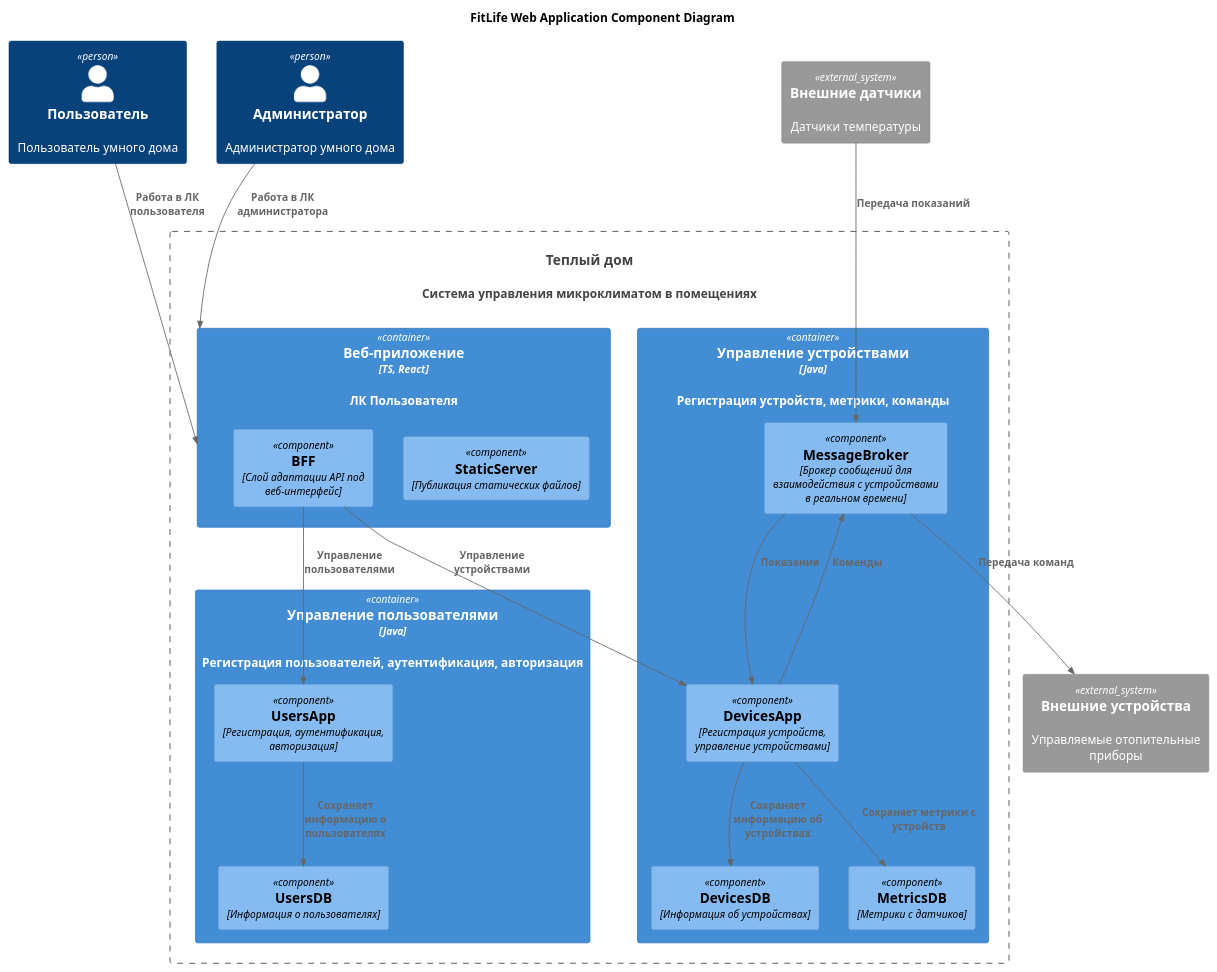
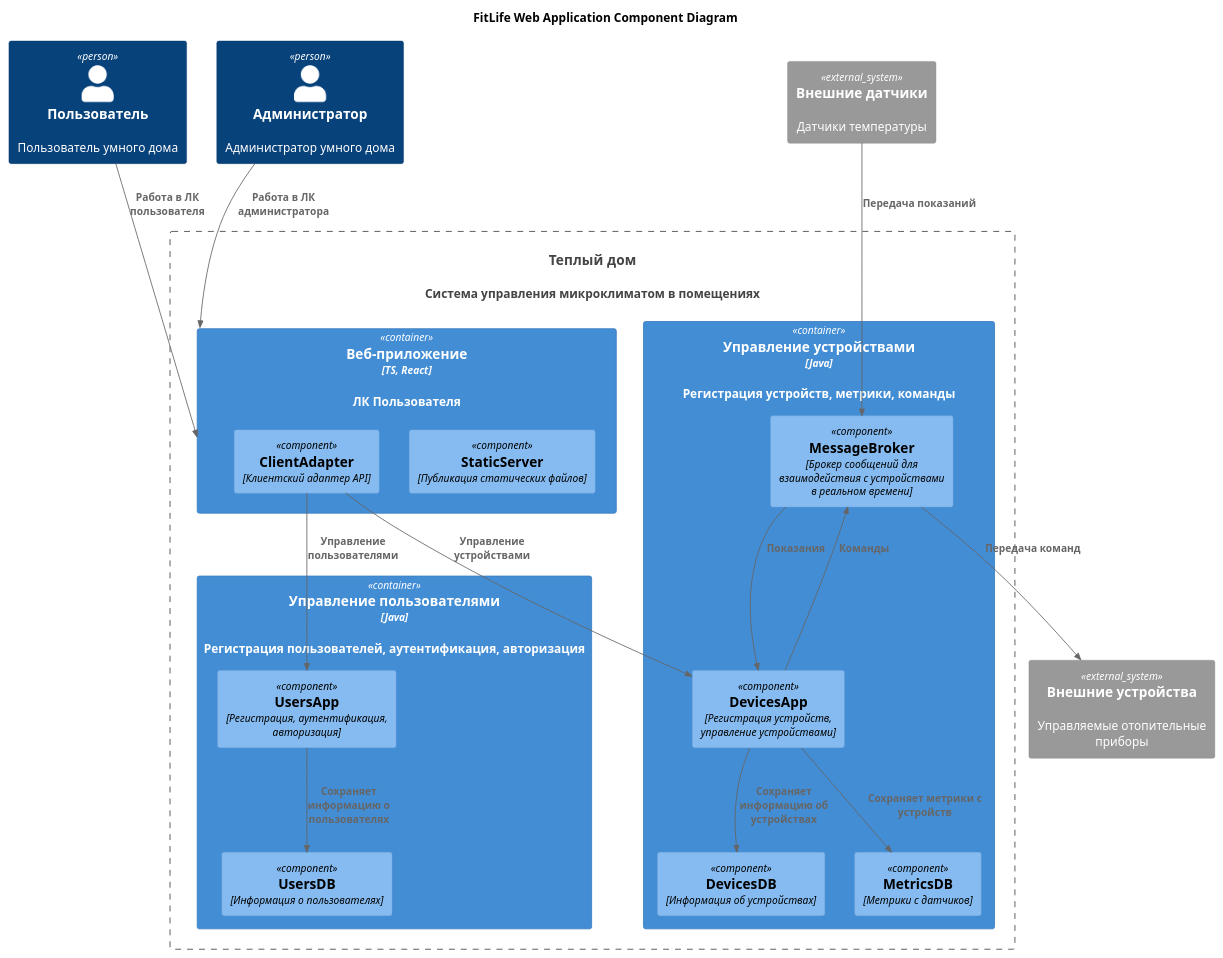
One commit to JerodBaxter/warmhouse changed the diagram in Component.puml. Above: the diagram before and after it, drawn with PlantUML.

```diff
--- a/Component.puml
+++ b/Component.puml
@@ -1,53 +1,53 @@
 @startuml
 title FitLife Web Application Component Diagram
 top to bottom direction
 
 !include https://raw.githubusercontent.com/plantuml-stdlib/C4-PlantUML/master/C4_Component.puml
 
 Person(user, "Пользователь", "Пользователь умного дома")
 Person(admin, "Администратор", "Администратор умного дома")
 System(WarmHouse, "Теплый дом", "Система управления микроклиматом в помещениях")
 
 Container_Boundary(WarmHouse, "Тёплый дом") {
   Container(WebApp, "Веб-приложение", "TS, React", "ЛК Пользователя")
   Container(Users, "Управление пользователями", "Java", "Регистрация пользователей, аутентификация, авторизация")
   Container(Devices, "Управление устройствами", "Java", "Регистрация устройств, метрики, команды")
 }
 
 Container(WebApp, "Веб-приложение", "TS, React, Java") {
   Component(StaticServer, "StaticServer", "Публикация статических файлов")
-  Component(BFF, "BFF", "Слой адаптации API под веб-интерфейс")  
+  Component(ClientAdapter, "ClientAdapter", "Клиентский адаптер API")
 }
 
 Container(Users, "Мастер-система: Управление пользователями", "Java, Spring") {
   Component(UsersApp, "UsersApp", "Регистрация, аутентификация, авторизация")
   Component(UsersDB, "UsersDB", "Информация о пользователях")
 }
 
 Container(Devices, "Мастер-система: Управление устройствами", "Java, MQTT, MongoDB, CassandraDB") {
   Component(MessageBroker, "MessageBroker", "Брокер сообщений для взаимодействия с устройствами в реальном времени")
   Component(DevicesApp, "DevicesApp", "Регистрация устройств, управление устройствами")
   Component(DevicesDB, "DevicesDB", "Информация об устройствах")
   Component(MetricsDB, "MetricsDB", "Метрики с датчиков")
 }
 
 System_Ext(controllers, "Внешние устройства", "Управляемые отопительные приборы")
 System_Ext(sensors, "Внешние датчики", "Датчики температуры")
 
 Rel(user, WebApp, "Работа в ЛК пользователя")
 Rel(admin, WebApp, "Работа в ЛК администратора")
 
-Rel(BFF,UsersApp,"Управление пользователями")
-Rel(BFF,DevicesApp,"Управление устройствами")
+Rel(ClientAdapter,UsersApp,"Управление пользователями")
+Rel(ClientAdapter,DevicesApp,"Управление устройствами")
 
 Rel(UsersApp,UsersDB,"Сохраняет информацию о пользователях")
 
 Rel(DevicesApp,DevicesDB,"Сохраняет информацию об устройствах")
 Rel(DevicesApp,MetricsDB,"Сохраняет метрики с устройств")
 
 Rel(sensors,MessageBroker,"Передача показаний")
 Rel(MessageBroker,controllers,"Передача команд")
 
 Rel(MessageBroker,DevicesApp,"Показания")
 Rel(DevicesApp,MessageBroker,"Команды")
 @enduml
```
